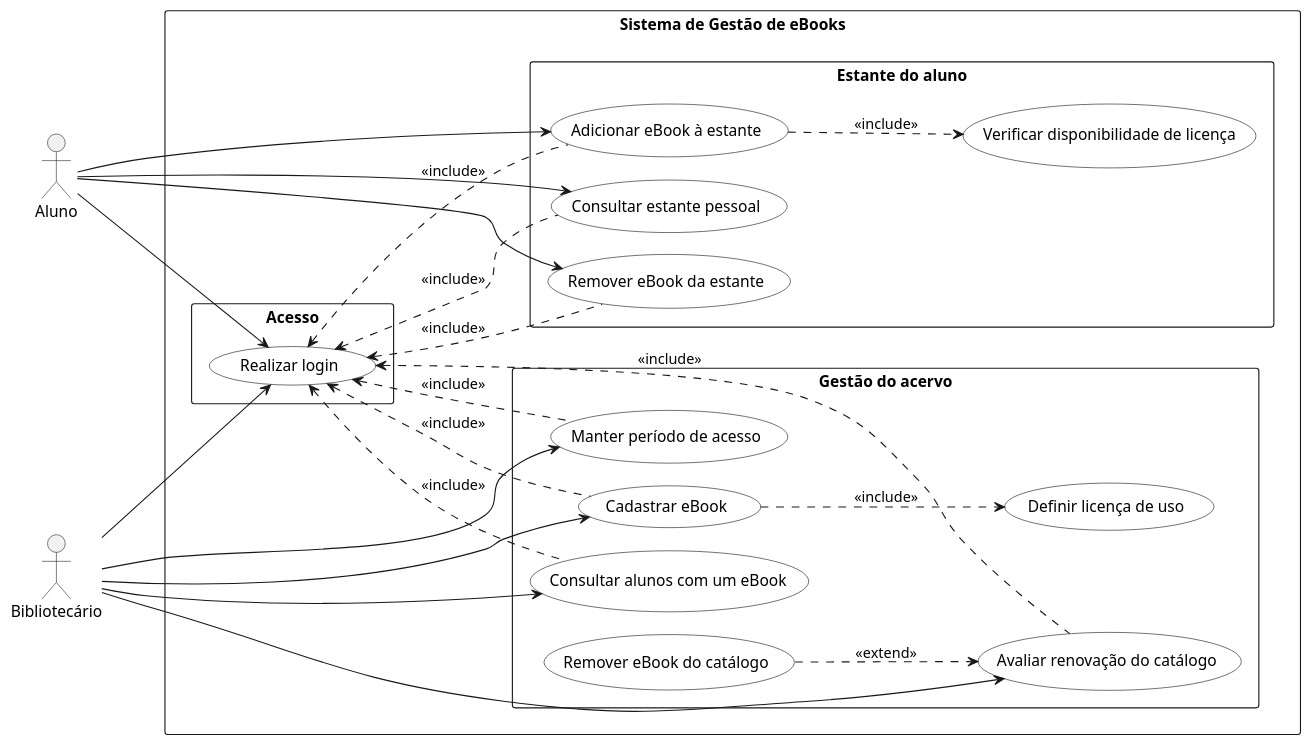
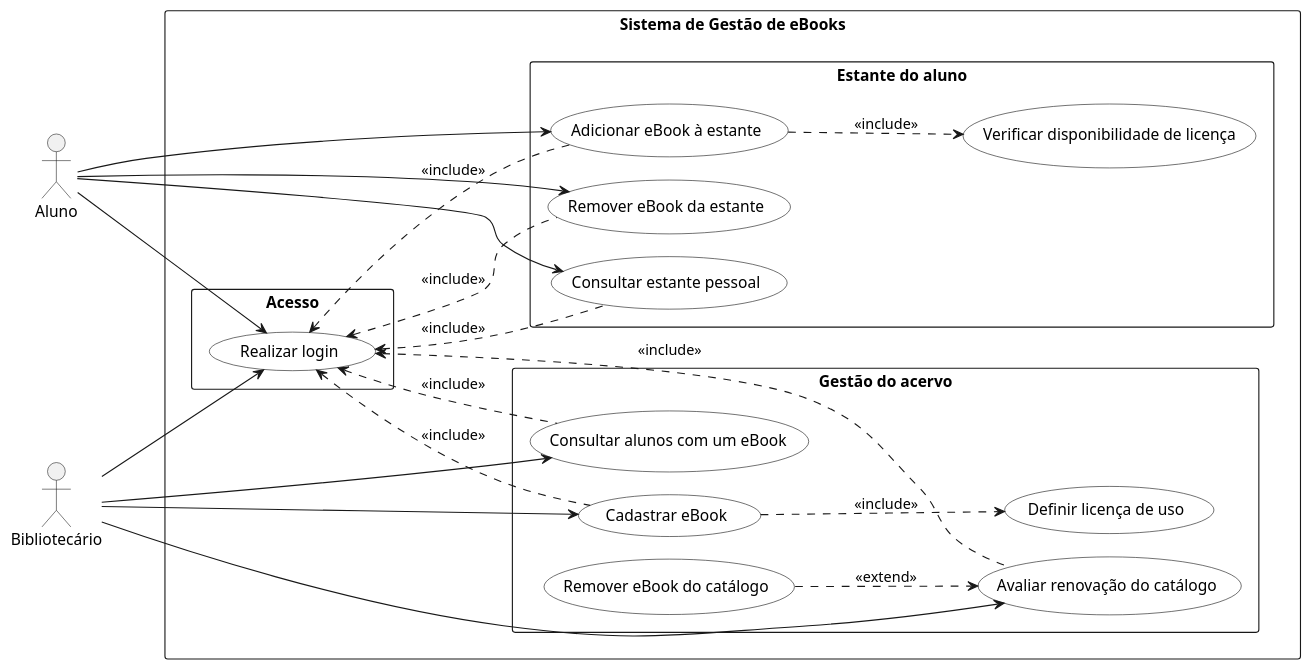
The diagram in docs/diagramas/casos-de-uso.puml (lucasnmc12/lab01-ebooks-biblioteca), drawn with PlantUML before and after one commit.

Commit message:
UC diagram - Exclusão caso de uso "Manter período de acesso"

```diff
--- a/docs/diagramas/casos-de-uso.puml
+++ b/docs/diagramas/casos-de-uso.puml
@@ -1,78 +1,75 @@
 @startuml casos_de_uso_ebooks
 
 ' ---------------------------------------------------------------
 ' Sistema de Gestao de eBooks da Biblioteca Universitaria
 ' Lab01S01 - Diagrama de Casos de Uso
 '
 ' Responsaveis:
 '   Lucas Nogueira ..... UC07, UC08, UC09, UC10, UC11, UC12 (Bibliotecario)
 '   Pedro Resende ...... UC01, UC02, UC03, UC04, UC05, UC06 (Aluno / acesso)
 ' ---------------------------------------------------------------
 
 left to right direction
 skinparam packageStyle rectangle
 skinparam shadowing false
 skinparam nodesep 20
 skinparam ranksep 80
 skinparam usecase {
   BackgroundColor White
   BorderColor Black
 }
 
 actor "Aluno" as Aluno
 actor "Bibliotecário" as Bibliotecario
 
 rectangle "Sistema de Gestão de eBooks" {
 
   package "Acesso" {
     usecase "Realizar login" as UC01
   }
 
   package "Estante do aluno" {
     usecase "Adicionar eBook à estante" as UC02
     usecase "Remover eBook da estante" as UC03
     usecase "Consultar estante pessoal" as UC04
     usecase "Verificar disponibilidade de licença" as UC05
   }
 
   package "Gestão do acervo" {
     usecase "Cadastrar eBook" as UC07
     usecase "Definir licença de uso" as UC08
     usecase "Consultar alunos com um eBook" as UC09
-    usecase "Manter período de acesso" as UC10
     usecase "Avaliar renovação do catálogo" as UC11
     usecase "Remover eBook do catálogo" as UC12
   }
 }
 
 Aluno --> UC01
 Bibliotecario --> UC01
 
 Aluno --> UC02
 Aluno --> UC03
 Aluno --> UC04
 
 Bibliotecario --> UC07
 Bibliotecario --> UC09
-Bibliotecario --> UC10
 Bibliotecario --> UC11
 
 ' Login e incluido por todos os casos de uso que exigem usuario autenticado.
 ' A seta esta escrita como "UC01 <.. UCxx" apenas para o PlantUML posicionar
 ' o login proximo aos atores; a dependencia continua saindo de UCxx para UC01.
 UC01 <.. UC02 : <<include>>
 UC01 <.. UC03 : <<include>>
 UC01 <.. UC04 : <<include>>
 UC01 <.. UC07 : <<include>>
 UC01 <.. UC09 : <<include>>
-UC01 <.. UC10 : <<include>>
 UC01 <.. UC11 : <<include>>
 
 UC02 ..> UC05 : <<include>>
 UC07 ..> UC08 : <<include>>
 
 ' Extend: a remocao do catalogo so acontece quando o eBook nao alcanca
 ' o minimo de 3 alunos ao final do periodo de acesso.
 UC12 ..> UC11 : <<extend>>
 
 @enduml
```
